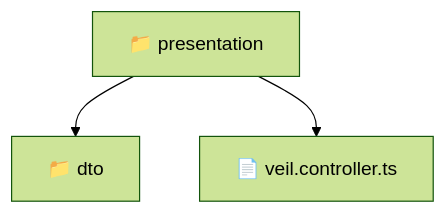
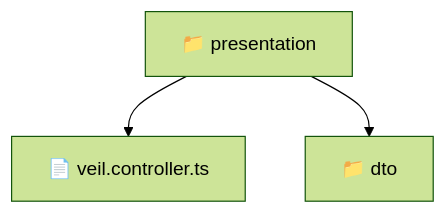
Before and after one commit to beginwebdev2002/fullstack-mavluda: the diagram in backend/src/modules/veil/presentation/README.md, drawn with Mermaid (forest theme). The commit also changed other lines of this file and 166 other files, not shown here.

First line of the commit message:
docs: generate repository-wide architectural README files

````diff
--- a/backend/src/modules/veil/presentation/README.md
+++ b/backend/src/modules/veil/presentation/README.md
@@ -9,6 +11,8 @@
 ```mermaid
 graph TD
-  Root["📁 presentation"]
-  Root --> dto["📁 dto"]
-  Root --> veil_controller_ts["📄 veil.controller.ts"]
+  f_Root_presentation["📁 presentation"]
+  f_veil_controller_ts["📄 veil.controller.ts"]
+  f_Root_presentation --> f_veil_controller_ts
+  f_Dir_dto["📁 dto"]
+  f_Root_presentation --> f_Dir_dto
 ```
````
